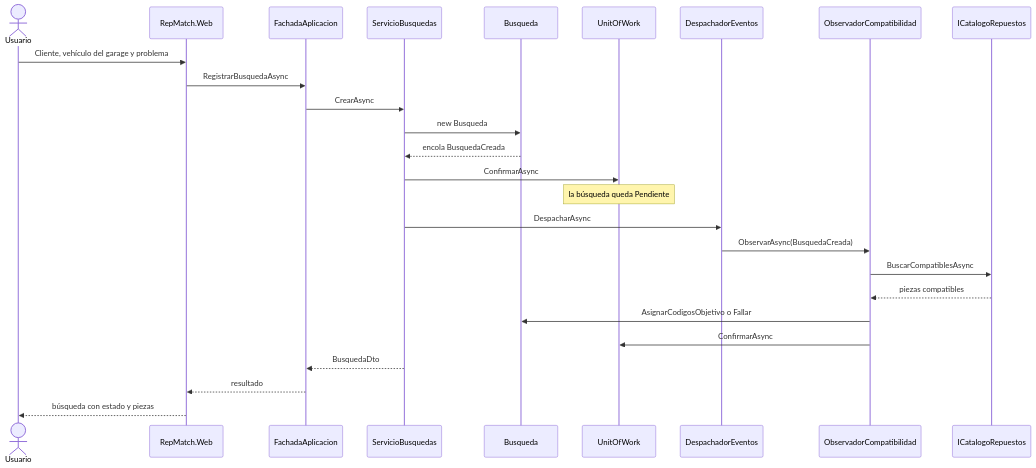
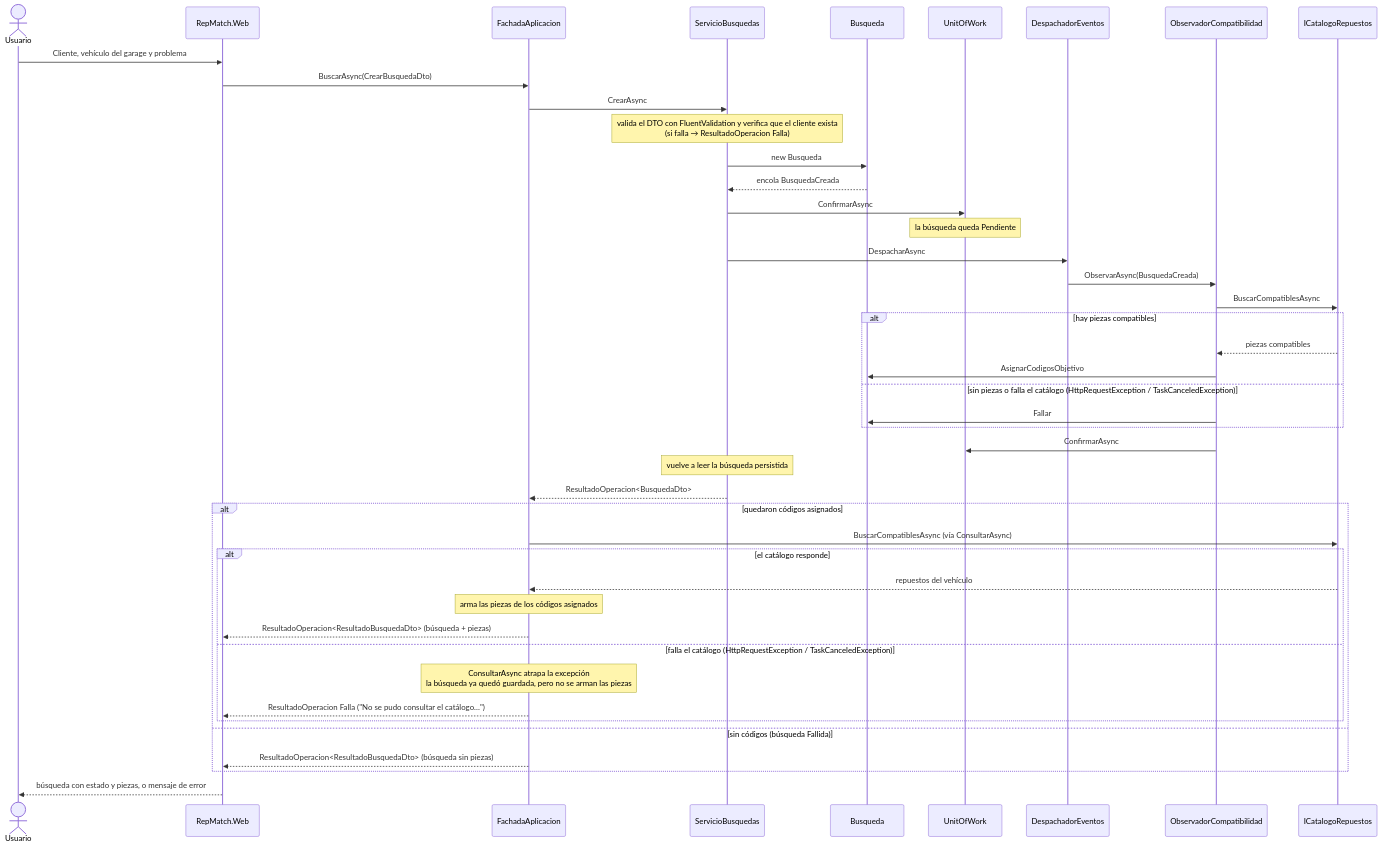
Before and after one commit to lfb-00/tp-apps-2: the first of 3 diagrams in docs/diagramas/secuencia.md, drawn with Mermaid. The commit also changed other lines of this file and 14 other files, not shown here.

````diff
--- a/docs/diagramas/secuencia.md
+++ b/docs/diagramas/secuencia.md
@@ -7,29 +12,47 @@
 ```mermaid
 sequenceDiagram
     actor Usuario
     participant Web as RepMatch.Web
     participant Fachada as FachadaAplicacion
     participant Busquedas as ServicioBusquedas
     participant Dominio as Busqueda
     participant UoW as UnitOfWork
     participant Despacho as DespachadorEventos
     participant Obs as ObservadorCompatibilidad
     participant Catalogo as ICatalogoRepuestos
 
     Usuario->>Web: Cliente, vehículo del garage y problema
-    Web->>Fachada: RegistrarBusquedaAsync
+    Web->>Fachada: BuscarAsync(CrearBusquedaDto)
     Fachada->>Busquedas: CrearAsync
+    Note over Busquedas: valida el DTO con FluentValidation y verifica que el cliente exista<br/>(si falla → ResultadoOperacion Falla)
     Busquedas->>Dominio: new Busqueda
     Dominio-->>Busquedas: encola BusquedaCreada
     Busquedas->>UoW: ConfirmarAsync
     Note over UoW: la búsqueda queda Pendiente
     Busquedas->>Despacho: DespacharAsync
     Despacho->>Obs: ObservarAsync(BusquedaCreada)
     Obs->>Catalogo: BuscarCompatiblesAsync
-    Catalogo-->>Obs: piezas compatibles
-    Obs->>Dominio: AsignarCodigosObjetivo o Fallar
+    alt hay piezas compatibles
+        Catalogo-->>Obs: piezas compatibles
+        Obs->>Dominio: AsignarCodigosObjetivo
+    else sin piezas o falla el catálogo (HttpRequestException / TaskCanceledException)
+        Obs->>Dominio: Fallar
+    end
     Obs->>UoW: ConfirmarAsync
-    Busquedas-->>Fachada: BusquedaDto
-    Fachada-->>Web: resultado
-    Web-->>Usuario: búsqueda con estado y piezas
+    Note over Busquedas: vuelve a leer la búsqueda persistida
+    Busquedas-->>Fachada: ResultadoOperacion#lt;BusquedaDto#gt;
+    alt quedaron códigos asignados
+        Fachada->>Catalogo: BuscarCompatiblesAsync (vía ConsultarAsync)
+        alt el catálogo responde
+            Catalogo-->>Fachada: repuestos del vehículo
+            Note over Fachada: arma las piezas de los códigos asignados
+            Fachada-->>Web: ResultadoOperacion#lt;ResultadoBusquedaDto#gt; (búsqueda + piezas)
+        else falla el catálogo (HttpRequestException / TaskCanceledException)
+            Note over Fachada: ConsultarAsync atrapa la excepción<br/>la búsqueda ya quedó guardada, pero no se arman las piezas
+            Fachada-->>Web: ResultadoOperacion Falla ("No se pudo consultar el catálogo…")
+        end
+    else sin códigos (búsqueda Fallida)
+        Fachada-->>Web: ResultadoOperacion#lt;ResultadoBusquedaDto#gt; (búsqueda sin piezas)
+    end
+    Web-->>Usuario: búsqueda con estado y piezas, o mensaje de error
 ```
````
